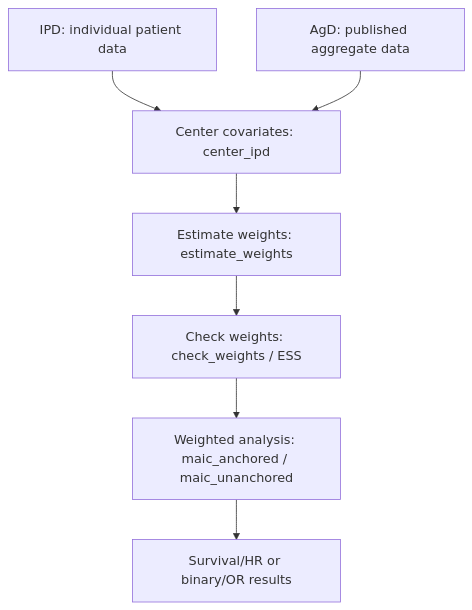
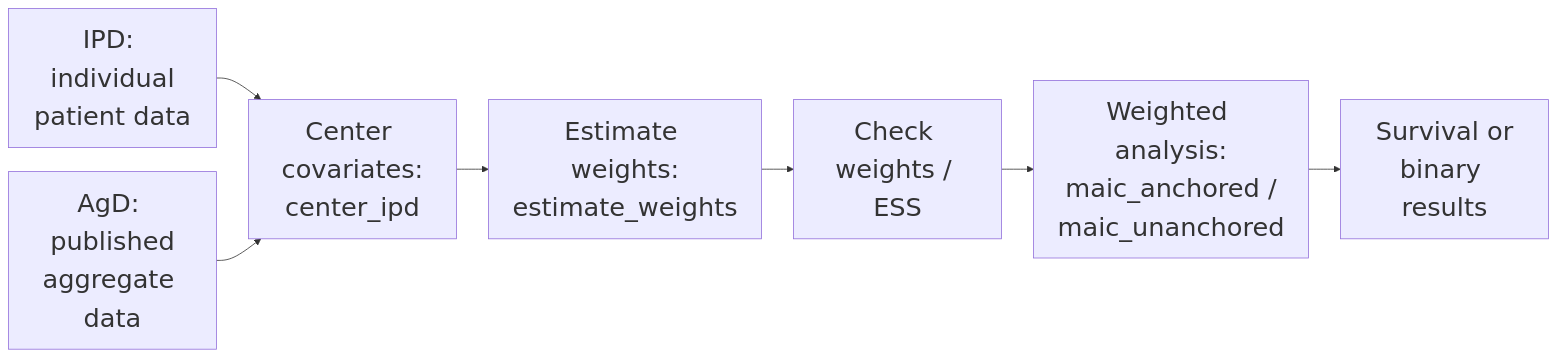
One commit to prog-workshop/statprogworkshop changed the third of 3 diagrams in public/MAIC_R/maicplus-intro.qmd. Above: the diagram before and after it, drawn with Mermaid. The commit also changed other lines of this file and 38 other files, not shown here.

````diff
--- a/public/MAIC_R/maicplus-intro.qmd
+++ b/public/MAIC_R/maicplus-intro.qmd
@@ -143,9 +106,10 @@
 ```{mermaid}
-flowchart TD
-    A[IPD: individual patient data] --> B[Center covariates: center_ipd]
-    C[AgD: published aggregate data] --> B
-    B --> D[Estimate weights: estimate_weights]
-    D --> E[Check weights: check_weights / ESS]
-    E --> F[Weighted analysis: maic_anchored / maic_unanchored]
-    F --> G[Survival/HR or binary/OR results]
+%%{init: {"themeVariables": {"fontSize": "32px"}, "flowchart": {"nodeSpacing": 30, "rankSpacing": 40}}}%%
+flowchart LR
+    A[IPD: individual<br/>patient data] --> B[Center covariates:<br/>center_ipd]
+    C[AgD: published<br/>aggregate data] --> B
+    B --> D[Estimate weights:<br/>estimate_weights]
+    D --> E[Check weights / ESS]
+    E --> F[Weighted analysis:<br/>maic_anchored /<br/>maic_unanchored]
+    F --> G[Survival or<br/>binary results]
 ```
````
